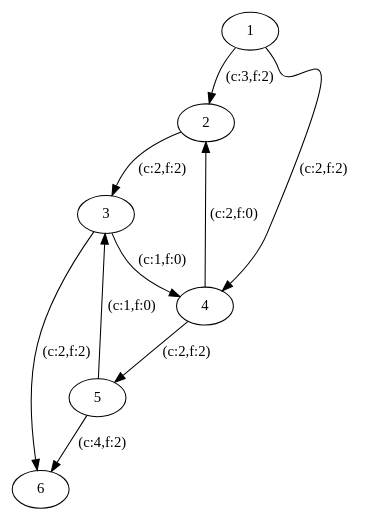
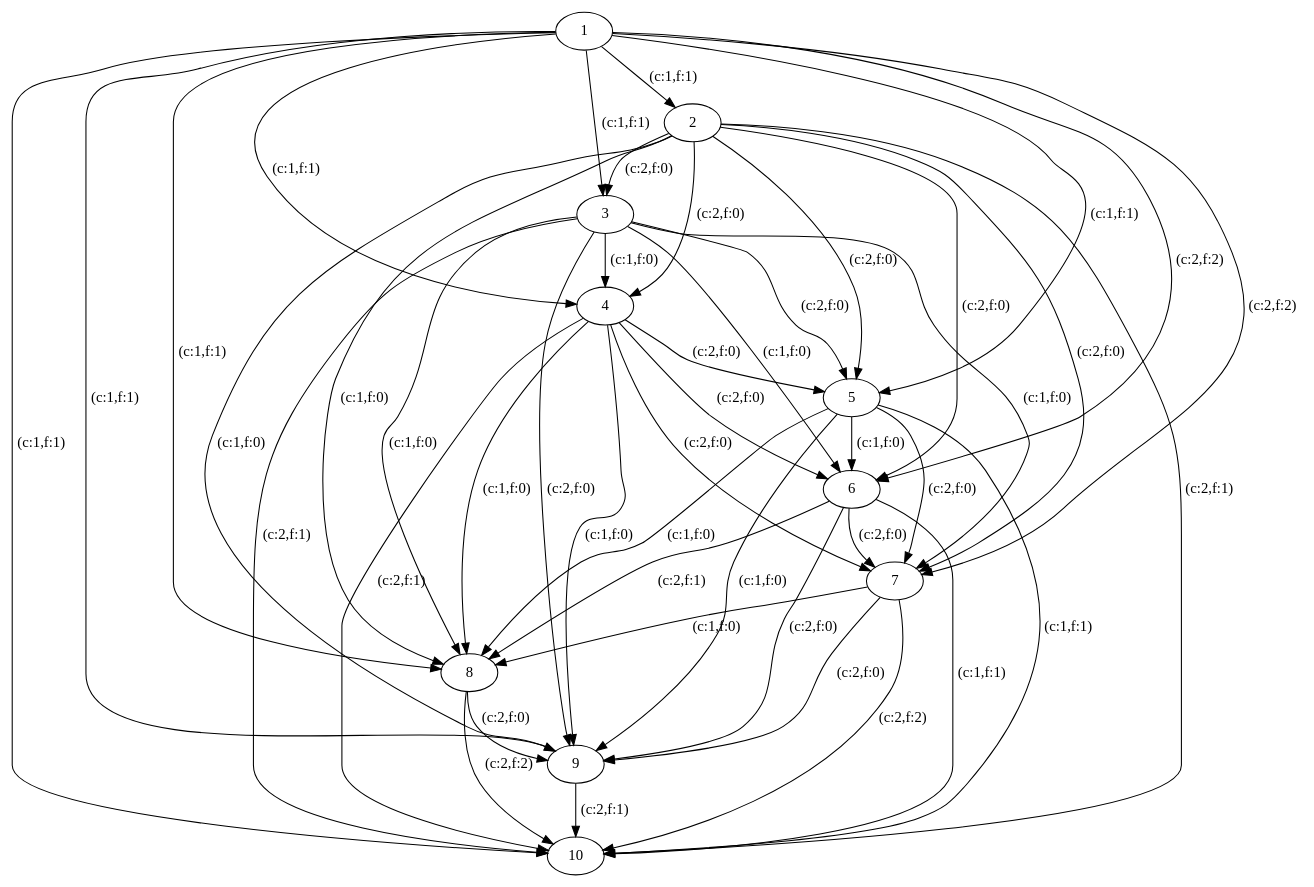
The diagram in GKA/gka/src/de/haw/gka/result.dot (adrian-helberg/ws2019), drawn with Graphviz before and after one commit. The commit also changed 90 other files, not shown here.

```diff
--- a/GKA/gka/src/de/haw/gka/result.dot
+++ b/GKA/gka/src/de/haw/gka/result.dot
@@ -1,12 +1,48 @@
 digraph gerichtet
 {
-1 -> 2 [label = "(c:3,f:2)"];
-1 -> 4 [label = "(c:2,f:2)"];
-2 -> 3 [label = "(c:2,f:2)"];
+1 -> 2 [label = "(c:1,f:1)"];
+1 -> 3 [label = "(c:1,f:1)"];
+1 -> 4 [label = "(c:1,f:1)"];
+1 -> 5 [label = "(c:1,f:1)"];
+1 -> 6 [label = "(c:2,f:2)"];
+1 -> 7 [label = "(c:2,f:2)"];
+1 -> 8 [label = "(c:1,f:1)"];
+1 -> 9 [label = "(c:1,f:1)"];
+1 -> 10 [label = "(c:1,f:1)"];
+2 -> 3 [label = "(c:2,f:0)"];
+2 -> 4 [label = "(c:2,f:0)"];
+2 -> 5 [label = "(c:2,f:0)"];
+2 -> 6 [label = "(c:2,f:0)"];
+2 -> 7 [label = "(c:2,f:0)"];
+2 -> 8 [label = "(c:1,f:0)"];
+2 -> 9 [label = "(c:1,f:0)"];
+2 -> 10 [label = "(c:2,f:1)"];
 3 -> 4 [label = "(c:1,f:0)"];
-3 -> 6 [label = "(c:2,f:2)"];
-4 -> 2 [label = "(c:2,f:0)"];
-4 -> 5 [label = "(c:2,f:2)"];
-5 -> 3 [label = "(c:1,f:0)"];
-5 -> 6 [label = "(c:4,f:2)"];
+3 -> 5 [label = "(c:2,f:0)"];
+3 -> 6 [label = "(c:1,f:0)"];
+3 -> 7 [label = "(c:1,f:0)"];
+3 -> 8 [label = "(c:1,f:0)"];
+3 -> 9 [label = "(c:2,f:0)"];
+3 -> 10 [label = "(c:2,f:1)"];
+4 -> 5 [label = "(c:2,f:0)"];
+4 -> 6 [label = "(c:2,f:0)"];
+4 -> 7 [label = "(c:2,f:0)"];
+4 -> 8 [label = "(c:1,f:0)"];
+4 -> 9 [label = "(c:1,f:0)"];
+4 -> 10 [label = "(c:2,f:1)"];
+5 -> 6 [label = "(c:1,f:0)"];
+5 -> 7 [label = "(c:2,f:0)"];
+5 -> 8 [label = "(c:1,f:0)"];
+5 -> 9 [label = "(c:1,f:0)"];
+5 -> 10 [label = "(c:1,f:1)"];
+6 -> 7 [label = "(c:2,f:0)"];
+6 -> 8 [label = "(c:2,f:1)"];
+6 -> 9 [label = "(c:2,f:0)"];
+6 -> 10 [label = "(c:1,f:1)"];
+7 -> 8 [label = "(c:1,f:0)"];
+7 -> 9 [label = "(c:2,f:0)"];
+7 -> 10 [label = "(c:2,f:2)"];
+8 -> 9 [label = "(c:2,f:0)"];
+8 -> 10 [label = "(c:2,f:2)"];
+9 -> 10 [label = "(c:2,f:1)"];
 }
```
